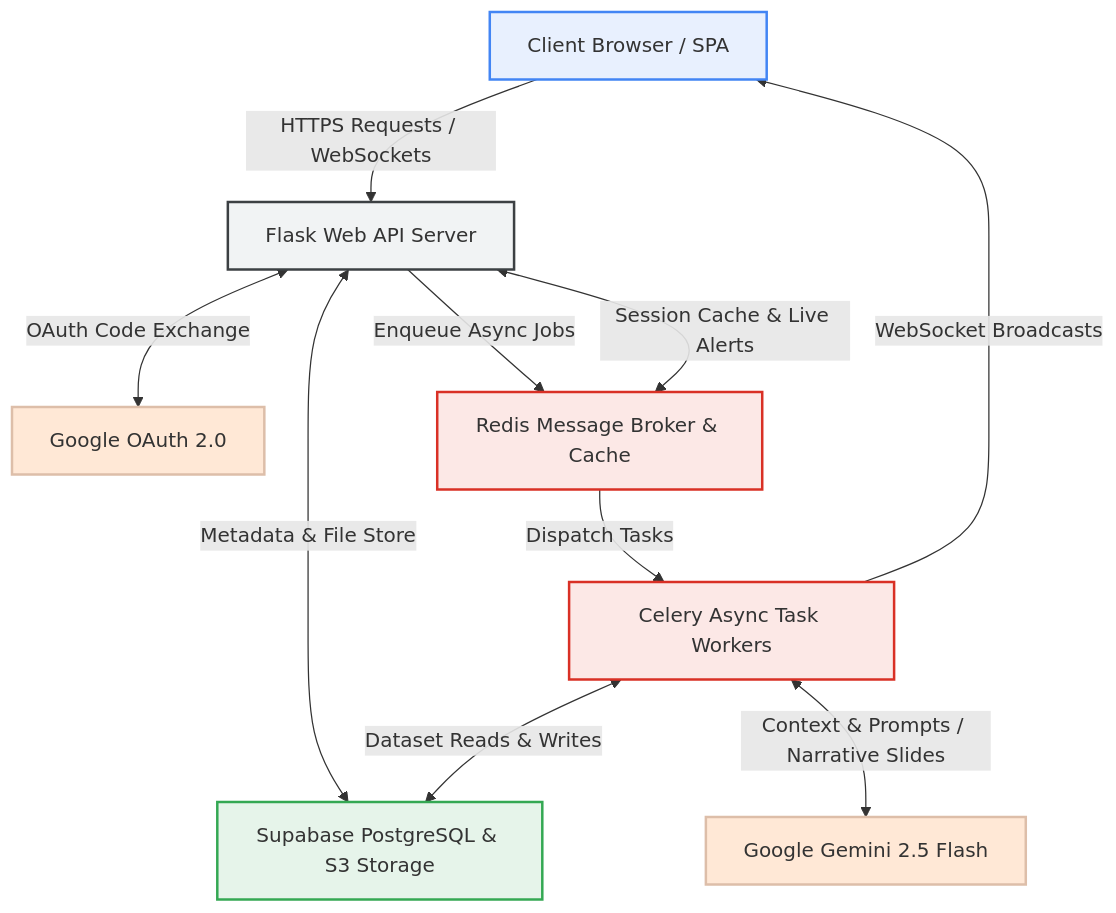
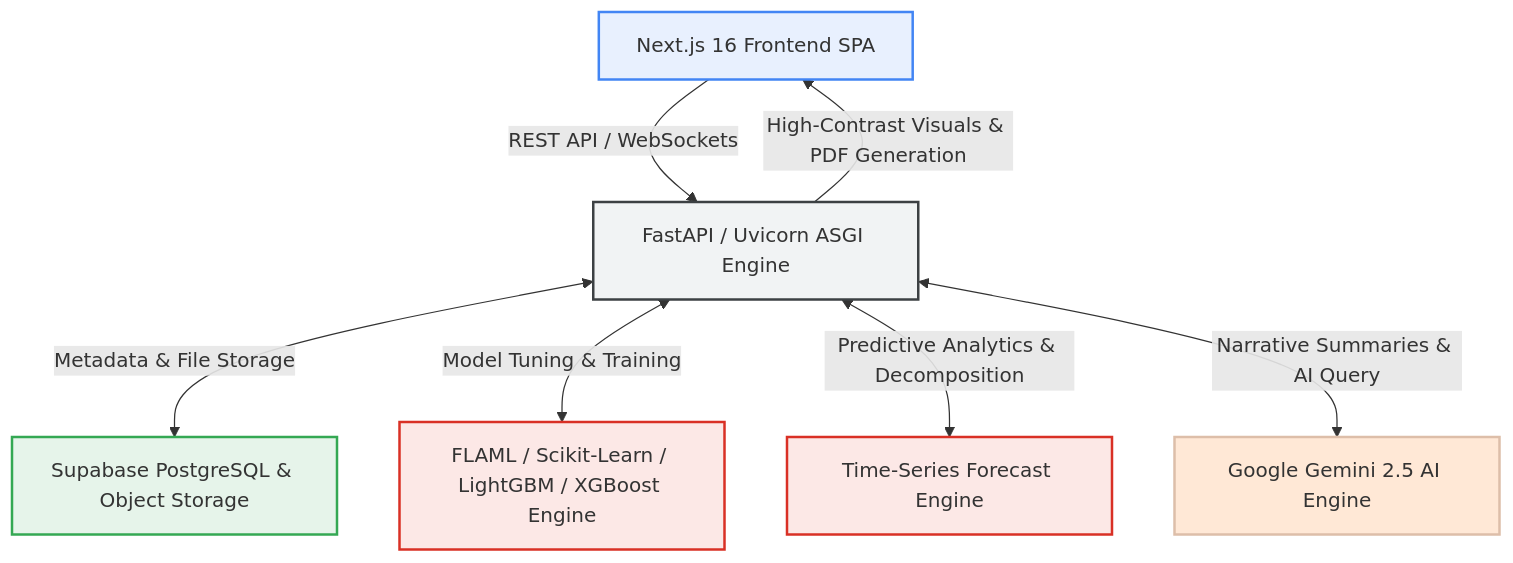
One commit to FaheemorFAB/DataForge_v3 changed the diagram in README.md. Above: the diagram before and after it, drawn with Mermaid. The commit also changed other lines of this file and 27 other files, not shown here.

Commit message:
feat : integrate forecasting engine and analytics, added dynamic cleaning , fixed bugs

````diff
--- a/README.md
+++ b/README.md
@@ -11,29 +9,22 @@
 ```mermaid
 graph TD
-    %% Styling
     classDef client fill:#E8F0FE,stroke:#4285F4,stroke-width:2px;
     classDef api fill:#F1F3F4,stroke:#3C4043,stroke-width:2px;
     classDef worker fill:#FCE8E6,stroke:#D93025,stroke-width:2px;
     classDef external fill:#FFE8D6,stroke:#DDBEA9,stroke-width:2px;
     classDef storage fill:#E6F4EA,stroke:#34A853,stroke-width:2px;
 
-    %% Nodes
-    User[Client Browser / SPA]:::client
-    GAuth[Google OAuth 2.0]:::external
-    Gemini[Google Gemini 2.5 Flash]:::external
-    Flask[Flask Web API Server]:::api
-    Redis[Redis Message Broker & Cache]:::worker
-    Celery[Celery Async Task Workers]:::worker
-    Supa[Supabase PostgreSQL & S3 Storage]:::storage
+    User[Next.js 16 Frontend SPA]:::client
+    FastAPI[FastAPI / Uvicorn ASGI Engine]:::api
+    Gemini[Google Gemini 2.5 AI Engine]:::external
+    Forecast[Time-Series Forecast Engine]:::worker
+    Supa[Supabase PostgreSQL & Object Storage]:::storage
+    AutoML[FLAML / Scikit-Learn / LightGBM / XGBoost Engine]:::worker
 
-    %% Flows
-    User -->|HTTPS Requests / WebSockets| Flask
-    Flask <-->|OAuth Code Exchange| GAuth
-    Flask <-->|Metadata & File Store| Supa
-    Flask -->|Enqueue Async Jobs| Redis
-    Redis -->|Dispatch Tasks| Celery
-    Celery <-->|Dataset Reads & Writes| Supa
-    Celery <-->|Context & Prompts / Narrative Slides| Gemini
-    Flask <-->|Session Cache & Live Alerts| Redis
-    Celery -->|WebSocket Broadcasts| User
+    User -->|REST API / WebSockets| FastAPI
+    FastAPI <-->|Metadata & File Storage| Supa
+    FastAPI <-->|Model Tuning & Training| AutoML
+    FastAPI <-->|Predictive Analytics & Decomposition| Forecast
+    FastAPI <-->|Narrative Summaries & AI Query| Gemini
+    FastAPI -->|High-Contrast Visuals & PDF Generation| User
 ```
````
